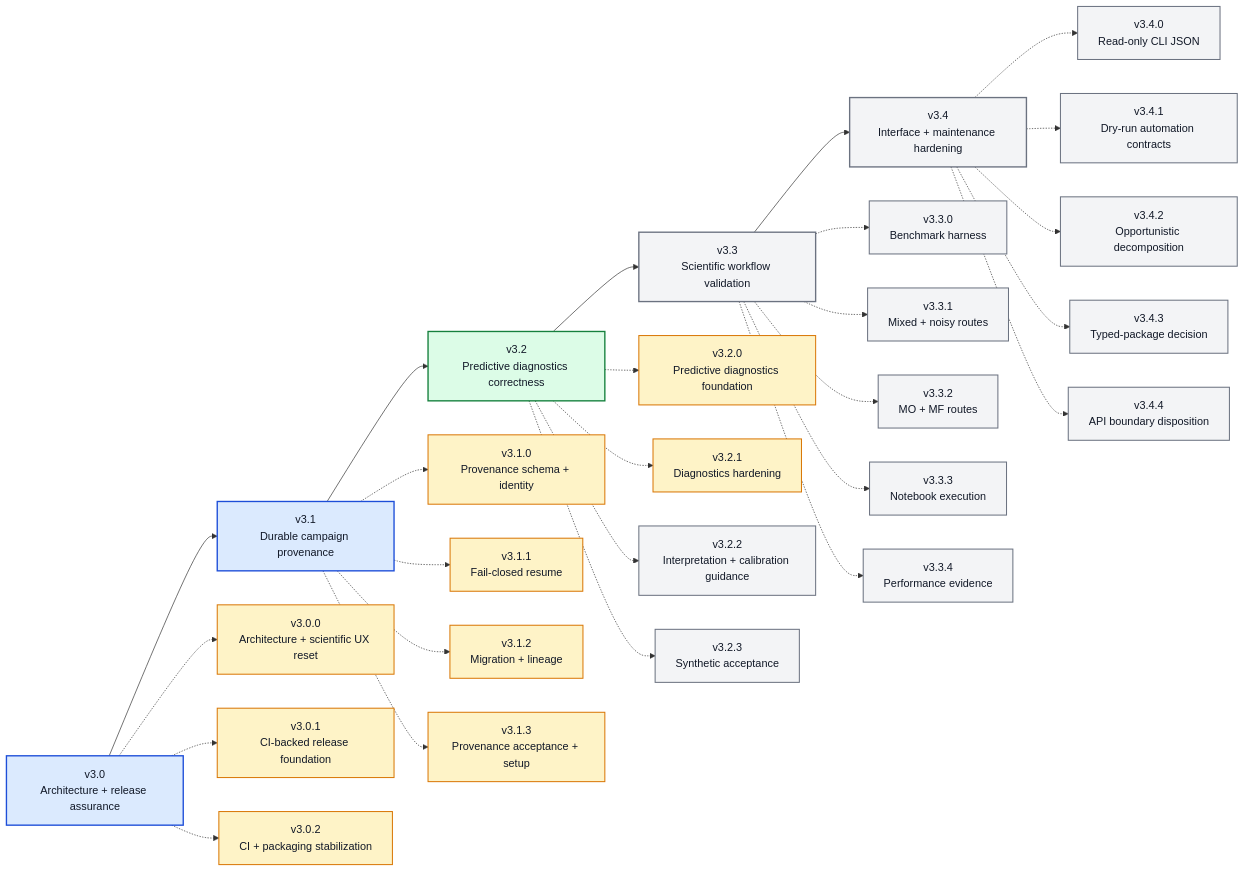
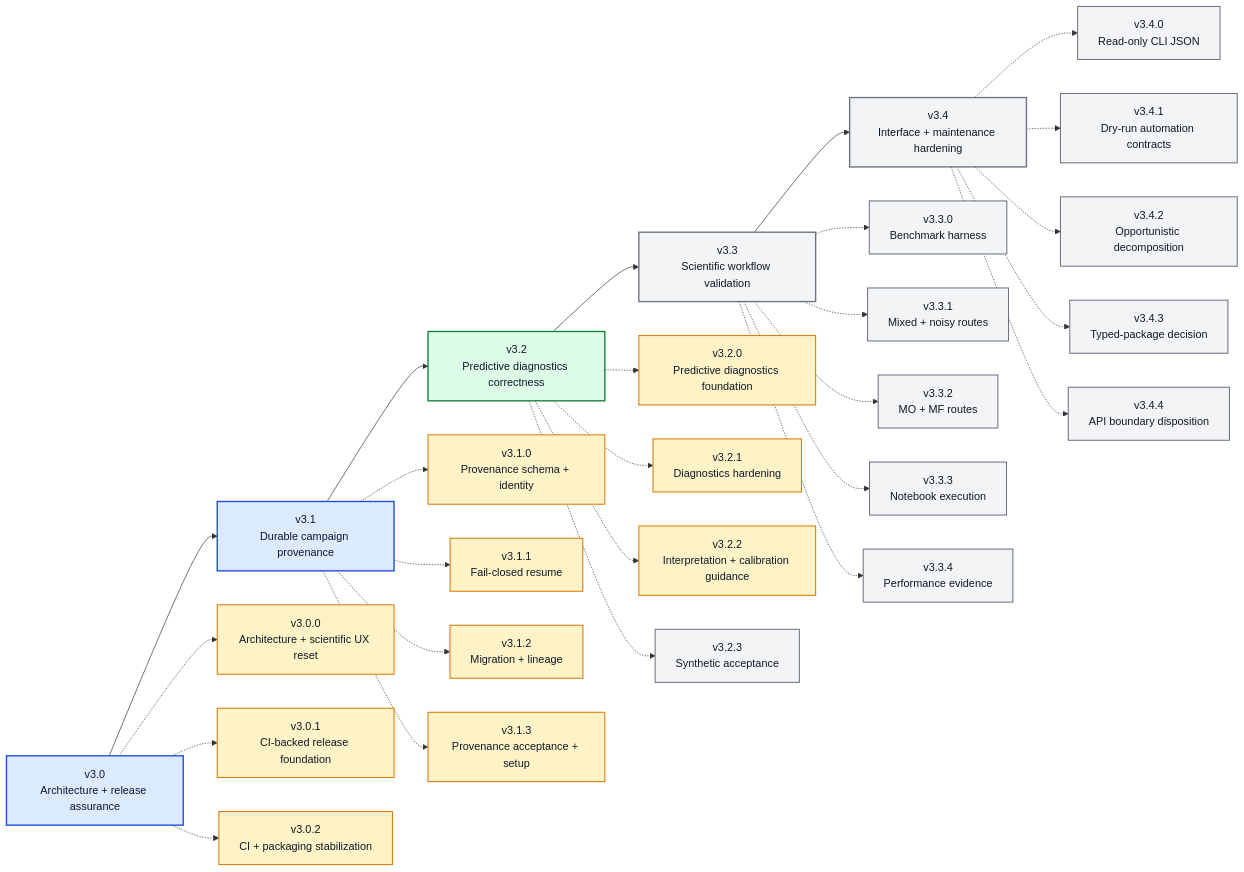
Before and after one commit to angzeli/bo-forge: the diagram in ROADMAP_V3_X.md, drawn with Mermaid. The commit also changed other lines of this file and 25 other files, not shown here.

````diff
--- a/ROADMAP_V3_X.md
+++ b/ROADMAP_V3_X.md
@@ -16,63 +16,63 @@
 ```mermaid
 flowchart LR
     v30["v3.0<br/>Architecture + release assurance"] --> v31["v3.1<br/>Durable campaign provenance"] --> v32["v3.2<br/>Predictive diagnostics correctness"] --> v33["v3.3<br/>Scientific workflow validation"] --> v34["v3.4<br/>Interface + maintenance hardening"]
 
     v300["v3.0.0<br/>Architecture + scientific UX reset"]
     v301["v3.0.1<br/>CI-backed release foundation"]
     v302["v3.0.2<br/>CI + packaging stabilization"]
     v310["v3.1.0<br/>Provenance schema + identity"]
     v311["v3.1.1<br/>Fail-closed resume"]
     v312["v3.1.2<br/>Migration + lineage"]
     v313["v3.1.3<br/>Provenance acceptance + setup"]
     v320["v3.2.0<br/>Predictive diagnostics foundation"]
     v321["v3.2.1<br/>Diagnostics hardening"]
     v322["v3.2.2<br/>Interpretation + calibration guidance"]
     v323["v3.2.3<br/>Synthetic acceptance"]
     v330["v3.3.0<br/>Benchmark harness"]
     v331["v3.3.1<br/>Mixed + noisy routes"]
     v332["v3.3.2<br/>MO + MF routes"]
     v333["v3.3.3<br/>Notebook execution"]
     v334["v3.3.4<br/>Performance evidence"]
     v340["v3.4.0<br/>Read-only CLI JSON"]
     v341["v3.4.1<br/>Dry-run automation contracts"]
     v342["v3.4.2<br/>Opportunistic decomposition"]
     v343["v3.4.3<br/>Typed-package decision"]
     v344["v3.4.4<br/>API boundary disposition"]
 
     v30 -.-> v300
     v30 -.-> v301
     v30 -.-> v302
     v31 -.-> v310
     v31 -.-> v311
     v31 -.-> v312
     v31 -.-> v313
     v32 -.-> v320
     v32 -.-> v321
     v32 -.-> v322
     v32 -.-> v323
     v33 -.-> v330
     v33 -.-> v331
     v33 -.-> v332
     v33 -.-> v333
     v33 -.-> v334
     v34 -.-> v340
     v34 -.-> v341
     v34 -.-> v342
     v34 -.-> v343
     v34 -.-> v344
 
     class v30,v31 majorDone
     class v32 majorActive
     class v33,v34 majorFuture
     class v300,v301,v302 patchDone
     class v310,v311,v312,v313 patchDone
-    class v320,v321 patchDone
-    class v322,v323,v330,v331,v332,v333,v334,v340,v341,v342,v343,v344 patchFuture
+    class v320,v321,v322 patchDone
+    class v323,v330,v331,v332,v333,v334,v340,v341,v342,v343,v344 patchFuture
 
     classDef majorDone fill:#dbeafe,stroke:#1d4ed8,stroke-width:2px,color:#111827;
     classDef majorActive fill:#dcfce7,stroke:#15803d,stroke-width:2px,color:#111827;
     classDef majorFuture fill:#f3f4f6,stroke:#6b7280,stroke-width:2px,color:#111827;
     classDef patchDone fill:#fef3c7,stroke:#d97706,stroke-width:1.5px,color:#111827;
     classDef patchActive fill:#dcfce7,stroke:#15803d,stroke-width:1.5px,color:#111827;
     classDef patchFuture fill:#f3f4f6,stroke:#6b7280,stroke-width:1.5px,color:#111827;
 ```
````
